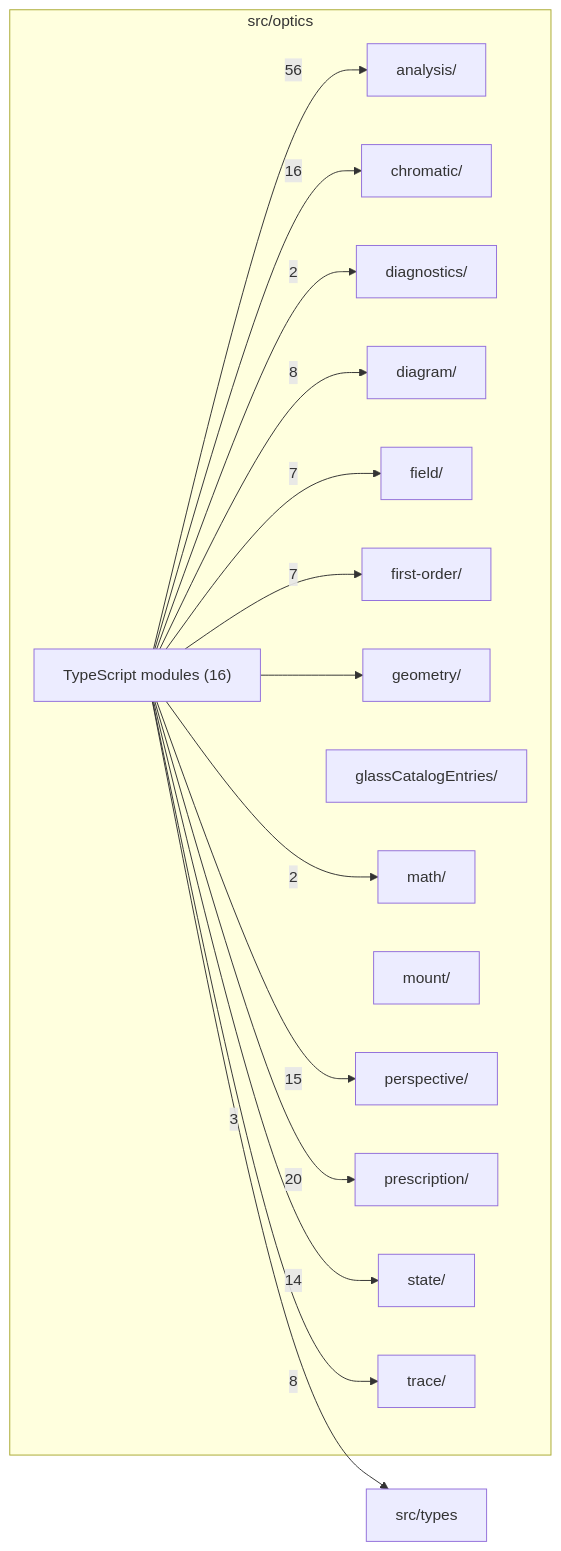
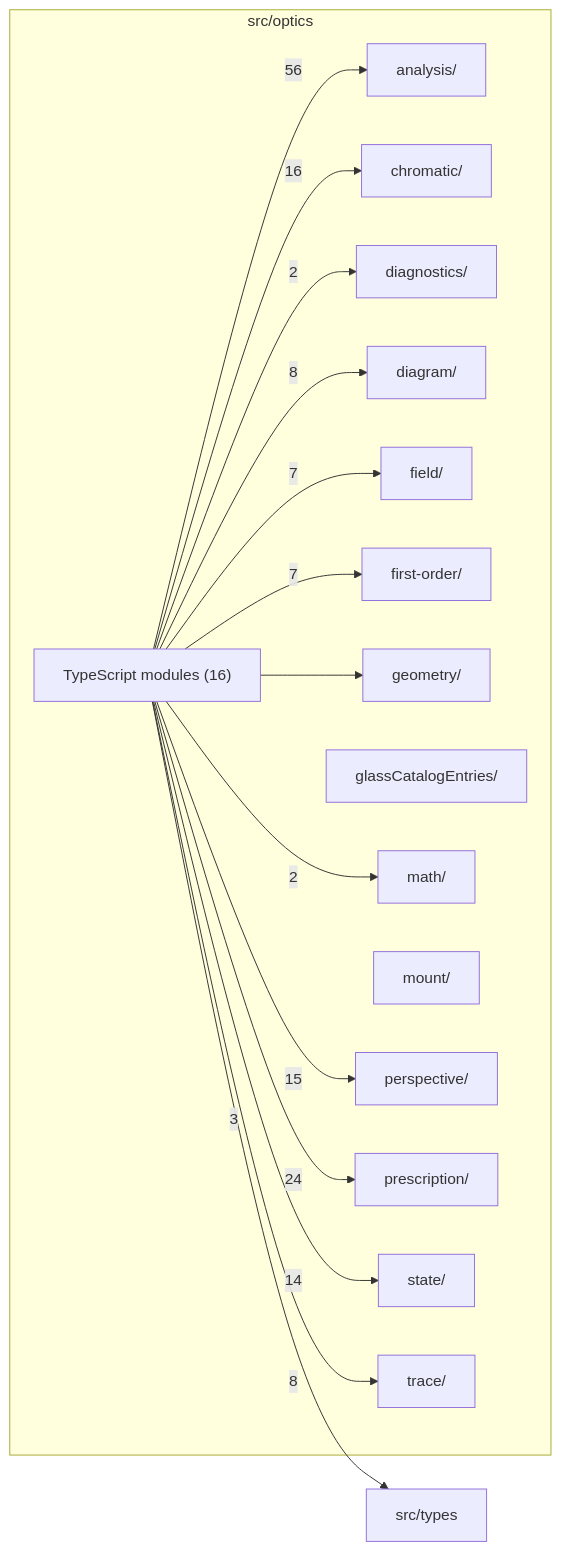
Before and after one commit to ronbuening/LensVisualizer: the diagram in src/optics/readme.md, drawn with Mermaid. The commit also changed other lines of this file and 162 other files, not shown here.

````diff
--- a/src/optics/readme.md
+++ b/src/optics/readme.md
@@ -9,34 +9,34 @@
 ```mermaid
 flowchart LR
   subgraph n_src_optics["src/optics"]
     n_src_optics_src_optics_analysis["analysis/"]
     n_src_optics_src_optics_chromatic["chromatic/"]
     n_src_optics_src_optics_diagnostics["diagnostics/"]
     n_src_optics_src_optics_diagram["diagram/"]
     n_src_optics_src_optics_field["field/"]
     n_src_optics_src_optics_first_order["first-order/"]
     n_src_optics_src_optics_geometry["geometry/"]
     n_src_optics_src_optics_glassCatalogEntries["glassCatalogEntries/"]
     n_src_optics_src_optics_math["math/"]
     n_src_optics_src_optics_mount["mount/"]
     n_src_optics_src_optics_perspective["perspective/"]
     n_src_optics_src_optics_prescription["prescription/"]
     n_src_optics_src_optics_state["state/"]
     n_src_optics_src_optics_trace["trace/"]
     n_src_optics_TypeScript_modules["TypeScript modules (16)"]
   end
   n_external_src_types["src/types"]
   n_src_optics_TypeScript_modules --> |56| n_src_optics_src_optics_analysis
-  n_src_optics_TypeScript_modules --> |20| n_src_optics_src_optics_prescription
+  n_src_optics_TypeScript_modules --> |24| n_src_optics_src_optics_prescription
   n_src_optics_TypeScript_modules --> |16| n_src_optics_src_optics_chromatic
   n_src_optics_TypeScript_modules --> |15| n_src_optics_src_optics_perspective
   n_src_optics_TypeScript_modules --> |14| n_src_optics_src_optics_state
   n_src_optics_TypeScript_modules --> |8| n_src_optics_src_optics_diagram
   n_src_optics_TypeScript_modules --> |8| n_src_optics_src_optics_trace
   n_src_optics_TypeScript_modules --> |7| n_src_optics_src_optics_field
   n_src_optics_TypeScript_modules --> |7| n_src_optics_src_optics_first_order
   n_src_optics_TypeScript_modules --> |3| n_external_src_types
   n_src_optics_TypeScript_modules --> |2| n_src_optics_src_optics_diagnostics
   n_src_optics_TypeScript_modules --> |2| n_src_optics_src_optics_math
   n_src_optics_TypeScript_modules --> n_src_optics_src_optics_geometry
 ```
````
